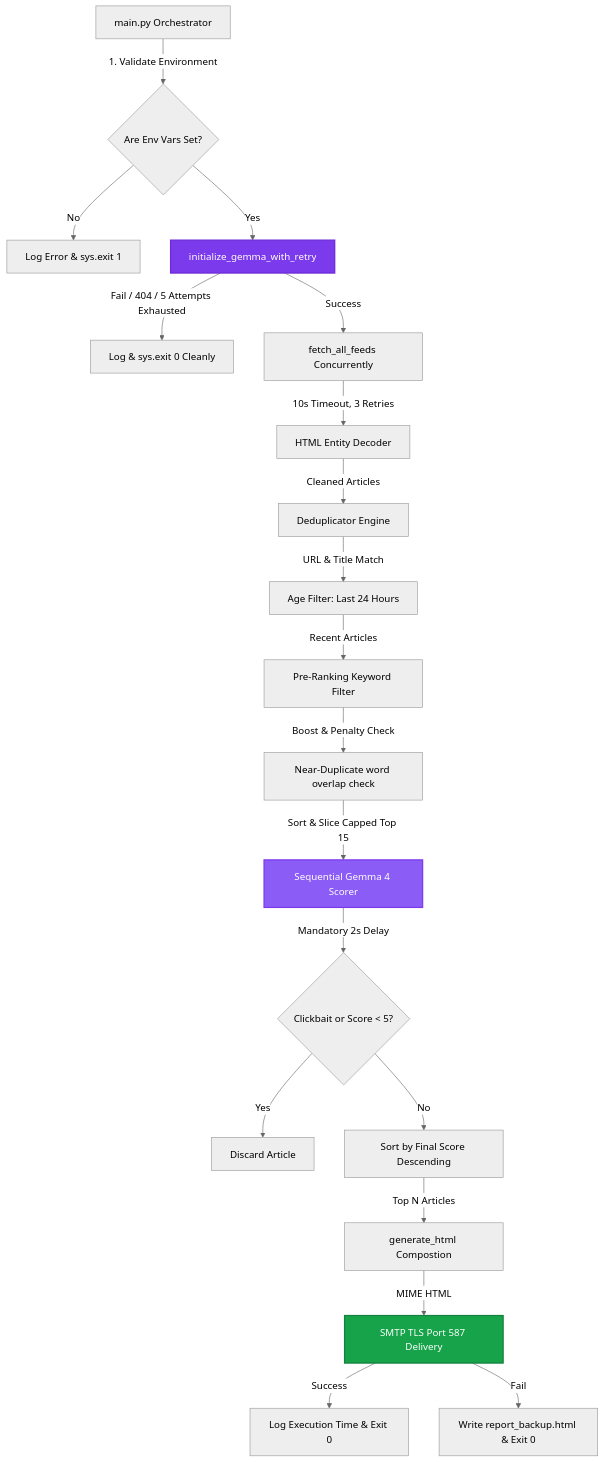
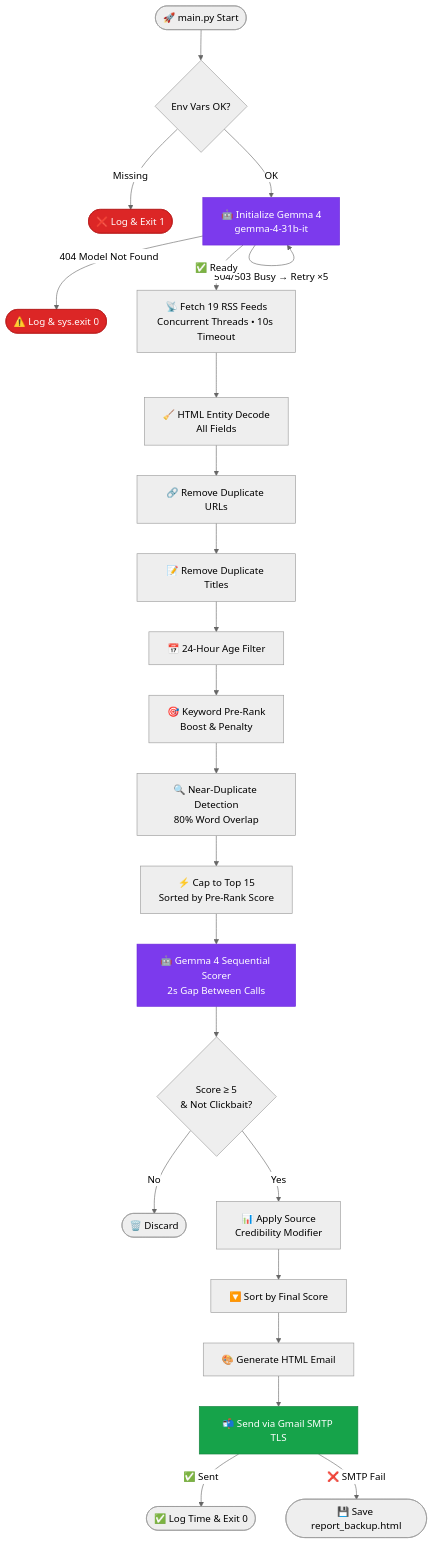
Before and after one commit to basavarajpatil660/daily-news-hunter: the diagram in README.md, drawn with Mermaid (neutral theme). The commit also changed other lines of this file, not shown here.

````diff
--- a/README.md
+++ b/README.md
@@ -37,32 +64,37 @@
 ```mermaid
 graph TD
-    A[main.py Orchestrator] -->|1. Validate Environment| B{Are Env Vars Set?}
-    B -->|No| C[Log Error & sys.exit 1]
-    B -->|Yes| D[initialize_gemma_with_retry]
-    
-    D -->|Fail / 404 / 5 Attempts Exhausted| E[Log & sys.exit 0 Cleanly]
-    D -->|Success| F[fetch_all_feeds Concurrently]
-    
-    F -->|10s Timeout, 3 Retries| G[HTML Entity Decoder]
-    G -->|Cleaned Articles| H[Deduplicator Engine]
-    
-    H -->|URL & Title Match| I[Age Filter: Last 24 Hours]
-    I -->|Recent Articles| J[Pre-Ranking Keyword Filter]
-    J -->|Boost & Penalty Check| K[Near-Duplicate word overlap check]
-    
-    K -->|Sort & Slice Capped Top 15| L[Sequential Gemma 4 Scorer]
-    L -->|Mandatory 2s Delay| M{Clickbait or Score < 5?}
-    
-    M -->|Yes| N[Discard Article]
-    M -->|No| O[Sort by Final Score Descending]
-    
-    O -->|Top N Articles| P[generate_html Compostion]
-    P -->|MIME HTML| Q[SMTP TLS Port 587 Delivery]
-    
-    Q -->|Success| R[Log Execution Time & Exit 0]
-    Q -->|Fail| S[Write report_backup.html & Exit 0]
+    A([🚀 main.py Start]) --> B{Env Vars OK?}
+    B -->|Missing| C([❌ Log & Exit 1])
+    B -->|OK| D[🤖 Initialize Gemma 4\ngemma-4-31b-it]
 
-    style D fill:#7c3aed,stroke:#6d28d9,stroke-width:2px,color:#fff
-    style L fill:#8b5cf6,stroke:#7c3aed,stroke-width:2px,color:#fff
-    style Q fill:#16a34a,stroke:#15803d,stroke-width:2px,color:#fff
+    D -->|404 Model Not Found| E([⚠️ Log & sys.exit 0])
+    D -->|504/503 Busy → Retry ×5| D
+    D -->|✅ Ready| F[📡 Fetch 19 RSS Feeds\nConcurrent Threads • 10s Timeout]
+
+    F --> G[🧹 HTML Entity Decode\nAll Fields]
+    G --> H[🔗 Remove Duplicate URLs]
+    H --> I[📝 Remove Duplicate Titles]
+    I --> J[📅 24-Hour Age Filter]
+    J --> K[🎯 Keyword Pre-Rank\nBoost & Penalty]
+    K --> L[🔍 Near-Duplicate Detection\n80% Word Overlap]
+
+    L --> M[⚡ Cap to Top 15\nSorted by Pre-Rank Score]
+    M --> N[🤖 Gemma 4 Sequential Scorer\n2s Gap Between Calls]
+
+    N --> O{Score ≥ 5\n& Not Clickbait?}
+    O -->|No| P([🗑️ Discard])
+    O -->|Yes| Q[📊 Apply Source\nCredibility Modifier]
+
+    Q --> R[🔽 Sort by Final Score]
+    R --> S[🎨 Generate HTML Email]
+    S --> T[📬 Send via Gmail SMTP TLS]
+
+    T -->|✅ Sent| U([✅ Log Time & Exit 0])
+    T -->|❌ SMTP Fail| V([💾 Save report_backup.html])
+
+    style D fill:#7c3aed,color:#fff,stroke:#6d28d9
+    style N fill:#7c3aed,color:#fff,stroke:#6d28d9
+    style T fill:#16a34a,color:#fff,stroke:#15803d
+    style E fill:#dc2626,color:#fff,stroke:#b91c1c
+    style C fill:#dc2626,color:#fff,stroke:#b91c1c
 ```
````
